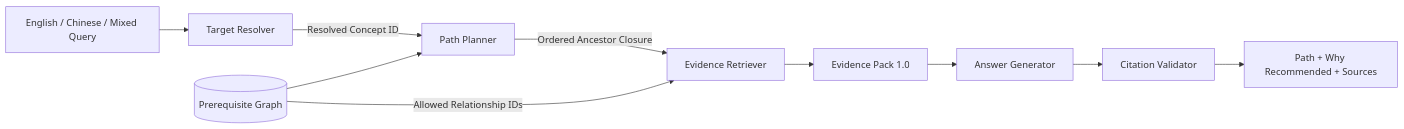
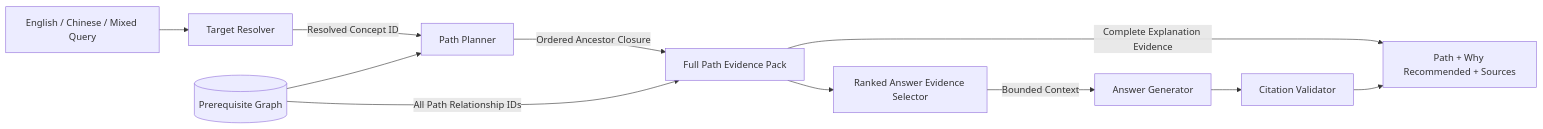
One commit to Ssabby1/graphrag-learning-path changed the diagram in README.md. Above: the diagram before and after it, drawn with Mermaid. The commit also changed other lines of this file and 41 other files, not shown here.

Commit message:
Fix GraphRAG status and evidence coverage

````diff
--- a/README.md
+++ b/README.md
@@ -22,12 +24,13 @@
 ```mermaid
 flowchart LR
     Q[English / Chinese / Mixed Query] --> R[Target Resolver]
     R -->|Resolved Concept ID| P[Path Planner]
     G[(Prerequisite Graph)] --> P
-    P -->|Ordered Ancestor Closure| E[Evidence Retriever]
-    G -->|Allowed Relationship IDs| E
-    E --> EP[Evidence Pack 1.0]
-    EP --> A[Answer Generator]
+    P -->|Ordered Ancestor Closure| F[Full Path Evidence Pack]
+    G -->|All Path Relationship IDs| F
+    F -->|Complete Explanation Evidence| UI[Path + Why Recommended + Sources]
+    F --> E[Ranked Answer Evidence Selector]
+    E -->|Bounded Context| A[Answer Generator]
     A --> V[Citation Validator]
-    V --> UI[Path + Why Recommended + Sources]
+    V --> UI
 ```
````
